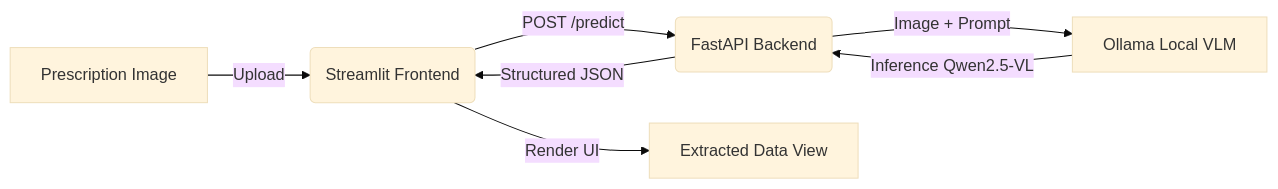
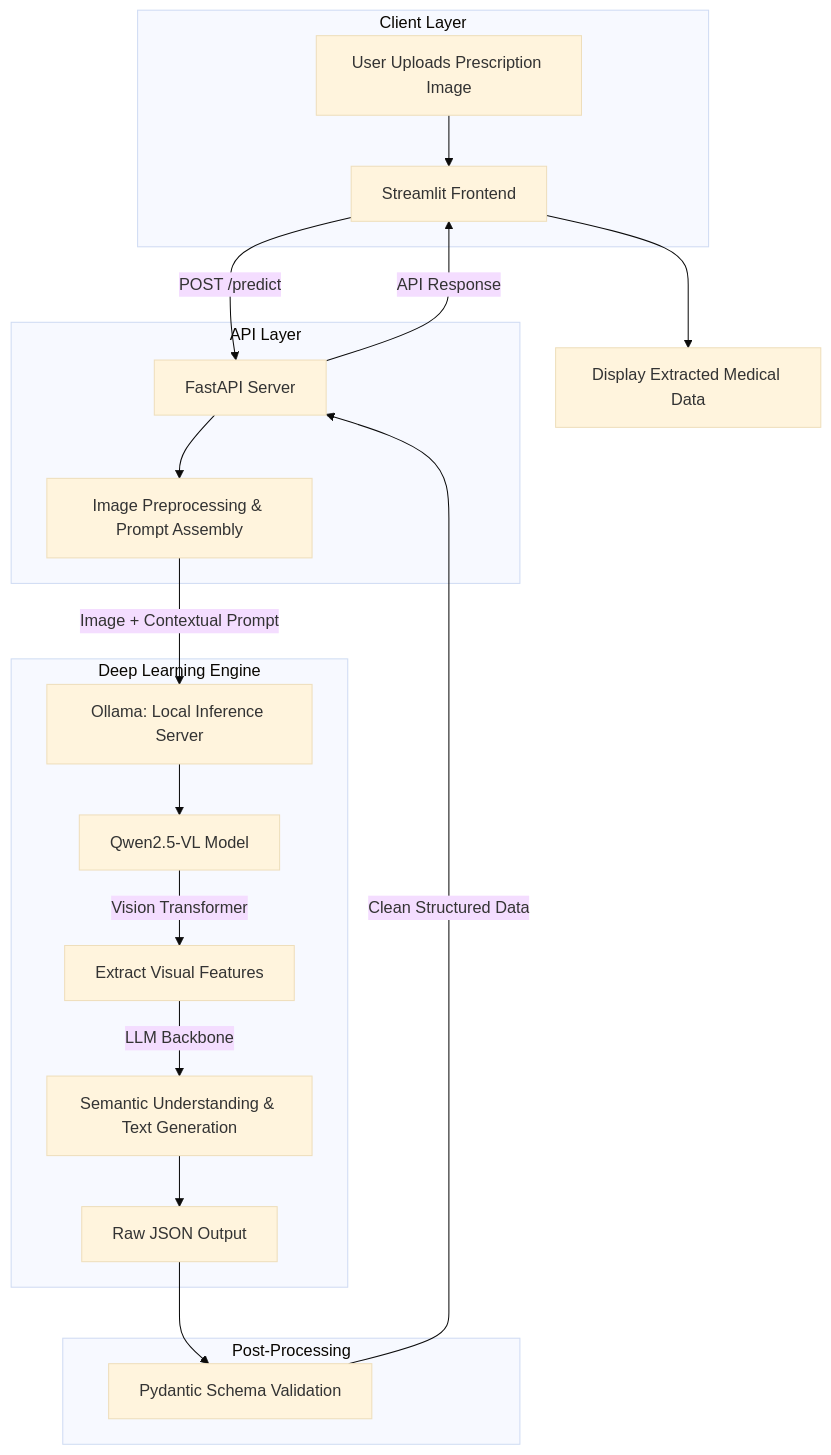
One commit to DYNAMOatGHUB/Medical-Prescription-Analyzer changed the diagram in README.md. Above: the diagram before and after it, drawn with Mermaid (base theme). The commit also changed other lines of this file, not shown here.

Commit message:
Enhance README for Deep Learning presentation

````diff
--- a/README.md
+++ b/README.md
@@ -28,9 +45,27 @@
 ```mermaid
-graph LR
-    A[Prescription Image] -->|Upload| B(Streamlit Frontend)
-    B -->|POST /predict| C(FastAPI Backend)
-    C -->|Image + Prompt| D[Ollama Local VLM]
-    D -->|Inference Qwen2.5-VL| C
-    C -->|Structured JSON| B
-    B -->|Render UI| E[Extracted Data View]
+graph TD
+    subgraph Client Layer
+        A[User Uploads Prescription Image] --> B[Streamlit Frontend]
+    end
+
+    subgraph API Layer
+        B -- POST /predict --> C[FastAPI Server]
+        C --> D[Image Preprocessing & Prompt Assembly]
+    end
+
+    subgraph Deep Learning Engine
+        D -- Image + Contextual Prompt --> E[Ollama: Local Inference Server]
+        E --> F[Qwen2.5-VL Model]
+        F -->|Vision Transformer| G[Extract Visual Features]
+        G -->|LLM Backbone| H[Semantic Understanding & Text Generation]
+        H --> I[Raw JSON Output]
+    end
+
+    subgraph Post-Processing
+        I --> J[Pydantic Schema Validation]
+        J -- Clean Structured Data --> C
+        C -- API Response --> B
+    end
+
+    B --> K[Display Extracted Medical Data]
 ```
````
